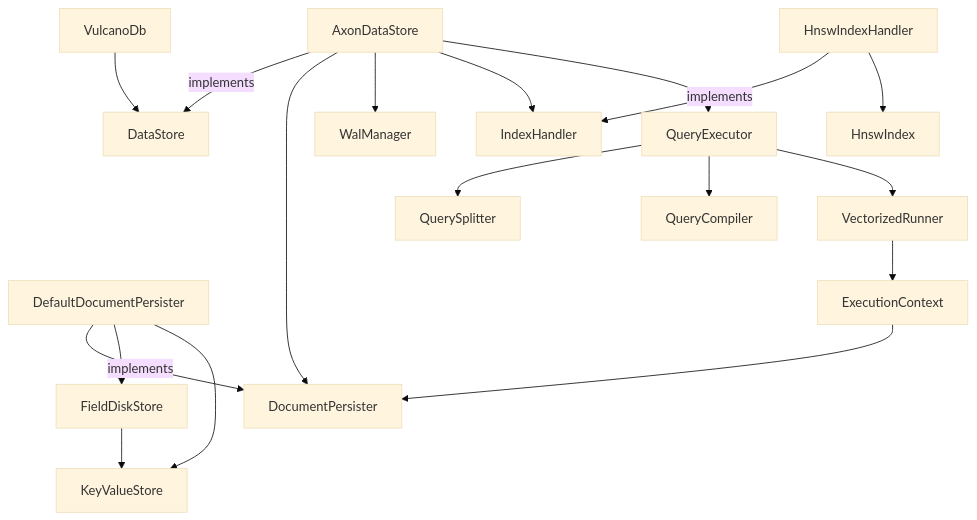
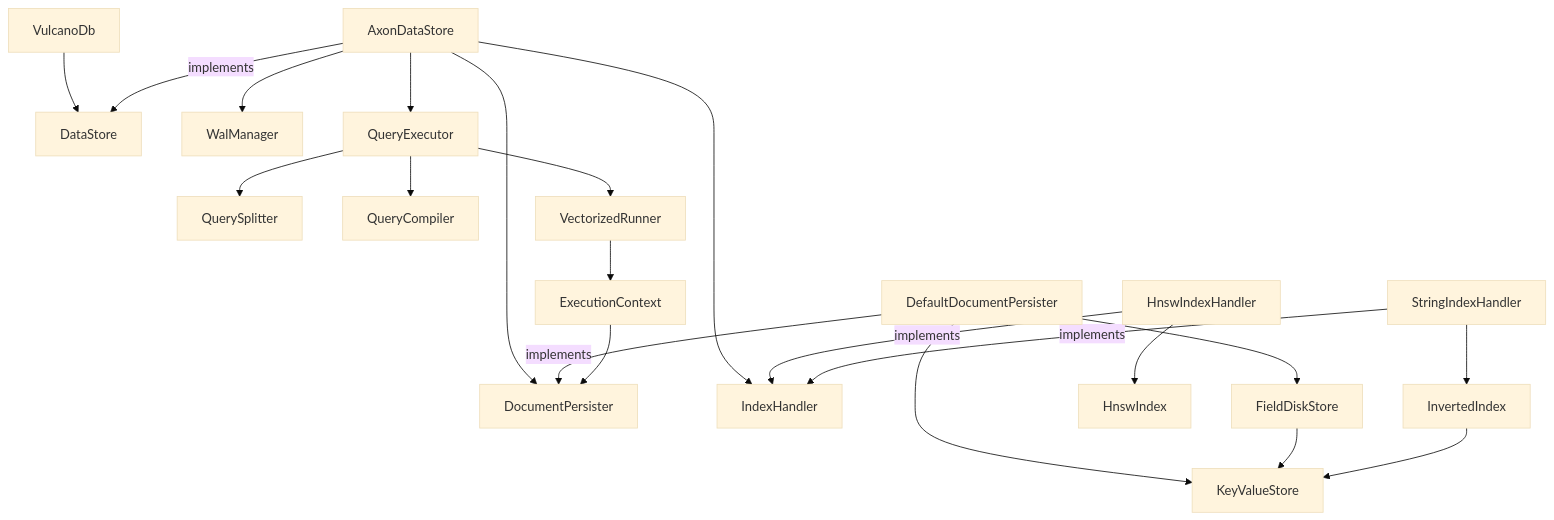
One commit to NachoBrito/vulcano changed the first of 3 diagrams in doc/lld/LLD.md. Above: the diagram before and after it, drawn with Mermaid (base theme). The commit also changed other lines of this file and 27 other files, not shown here.

````diff
--- a/doc/lld/LLD.md
+++ b/doc/lld/LLD.md
@@ -17,25 +17,29 @@
 ```mermaid
 graph TD
     VulcanoDb --> DataStore
     AxonDataStore -- implements --> DataStore
     AxonDataStore --> DocumentPersister
     AxonDataStore --> WalManager
     AxonDataStore --> IndexHandler
     AxonDataStore --> QueryExecutor
 
     DefaultDocumentPersister -- implements --> DocumentPersister
     DefaultDocumentPersister --> FieldDiskStore
     DefaultDocumentPersister --> KeyValueStore
 
     FieldDiskStore --> KeyValueStore
 
     HnswIndexHandler -- implements --> IndexHandler
     HnswIndexHandler --> HnswIndex
+    
+    StringIndexHandler -- implements --> IndexHandler
+    StringIndexHandler --> InvertedIndex
+    InvertedIndex --> KeyValueStore
 
     QueryExecutor --> QuerySplitter
     QueryExecutor --> QueryCompiler
     QueryExecutor --> VectorizedRunner
     
     VectorizedRunner --> ExecutionContext
     ExecutionContext --> DocumentPersister
 ```
````
